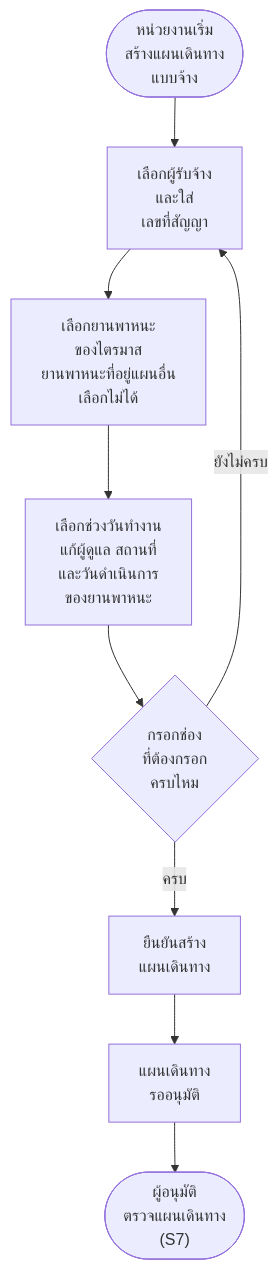
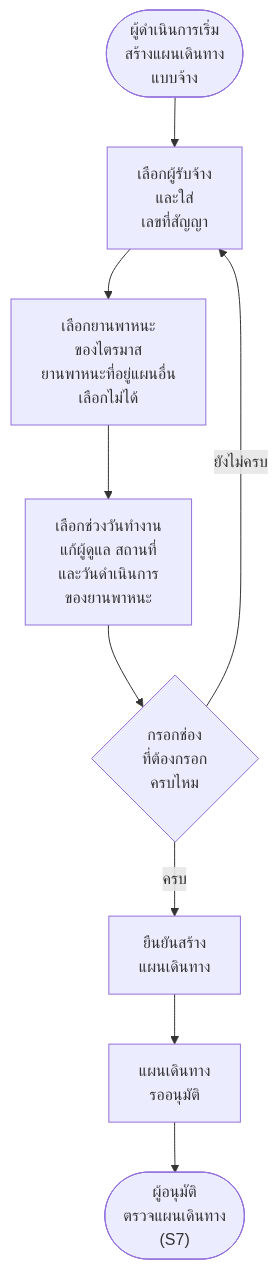
The eighth of 19 diagrams in Diagram/01-บำรุงรักษาตามวาระ/27-บำรุงรักษา-flowchart-กิจกรรม.md (anugmail/Maintenance-Request-Form), drawn with Mermaid before and after one commit. The commit also changed other lines of this file and 21 other files, not shown here.

````diff
--- a/Diagram/01-บำรุงรักษาตามวาระ/27-บำรุงรักษา-flowchart-กิจกรรม.md
+++ b/Diagram/01-บำรุงรักษาตามวาระ/27-บำรุงรักษา-flowchart-กิจกรรม.md
@@ -167,11 +169,11 @@
 ```mermaid
 flowchart TD
-    S(["หน่วยงานเริ่ม<br/>สร้างแผนเดินทาง<br/>แบบจ้าง"]) --> A1["เลือกผู้รับจ้าง<br/>และใส่<br/>เลขที่สัญญา"]
+    S(["ผู้ดำเนินการเริ่ม<br/>สร้างแผนเดินทาง<br/>แบบจ้าง"]) --> A1["เลือกผู้รับจ้าง<br/>และใส่<br/>เลขที่สัญญา"]
     A1 --> A2["เลือกยานพาหนะ<br/>ของไตรมาส<br/>ยานพาหนะที่อยู่แผนอื่น<br/>เลือกไม่ได้"]
     A2 --> A3["เลือกช่วงวันทำงาน<br/>แก้ผู้ดูแล สถานที่<br/>และวันดำเนินการ<br/>ของยานพาหนะ"]
     A3 --> Q1{"กรอกช่อง<br/>ที่ต้องกรอก<br/>ครบไหม"}
     Q1 -->|ยังไม่ครบ| A1
     Q1 -->|ครบ| A4["ยืนยันสร้าง<br/>แผนเดินทาง"]
     A4 --> A5["แผนเดินทาง<br/>รออนุมัติ"]
     A5 --> E(["ผู้อนุมัติ<br/>ตรวจแผนเดินทาง<br/>(S7)"])
 ```
````
